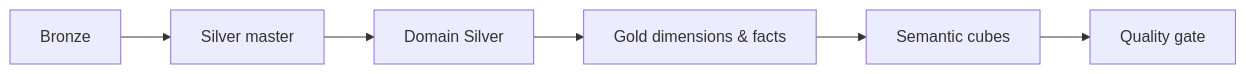
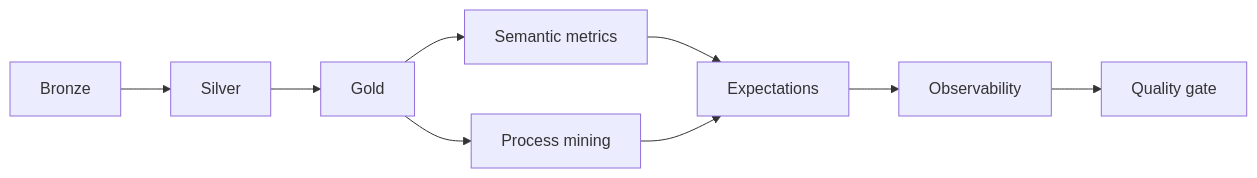
Diagram 19 of 21 in README.md (brunolnetto/mro-job-as-code), drawn with Mermaid before and after one commit. The commit also changed other lines of this file, not shown here.

Commit message:
docs: simplify Mermaid diagrams and collapse README sections

````diff
--- a/README.md
+++ b/README.md
@@ -1701,8 +1654,11 @@
 ```mermaid
-flowchart LR
-    B["Bronze"] --> C["Silver master"]
-    C --> D["Domain Silver"]
-    D --> E["Gold dimensions & facts"]
-    E --> F["Semantic cubes"]
-    F --> G["Quality gate"]
+graph LR
+    B[Bronze] --> S[Silver]
+    S --> G[Gold]
+    G --> M[Semantic metrics]
+    G --> P[Process mining]
+    M --> E[Expectations]
+    P --> E
+    E --> O[Observability]
+    O --> Q[Quality gate]
 ```
````
